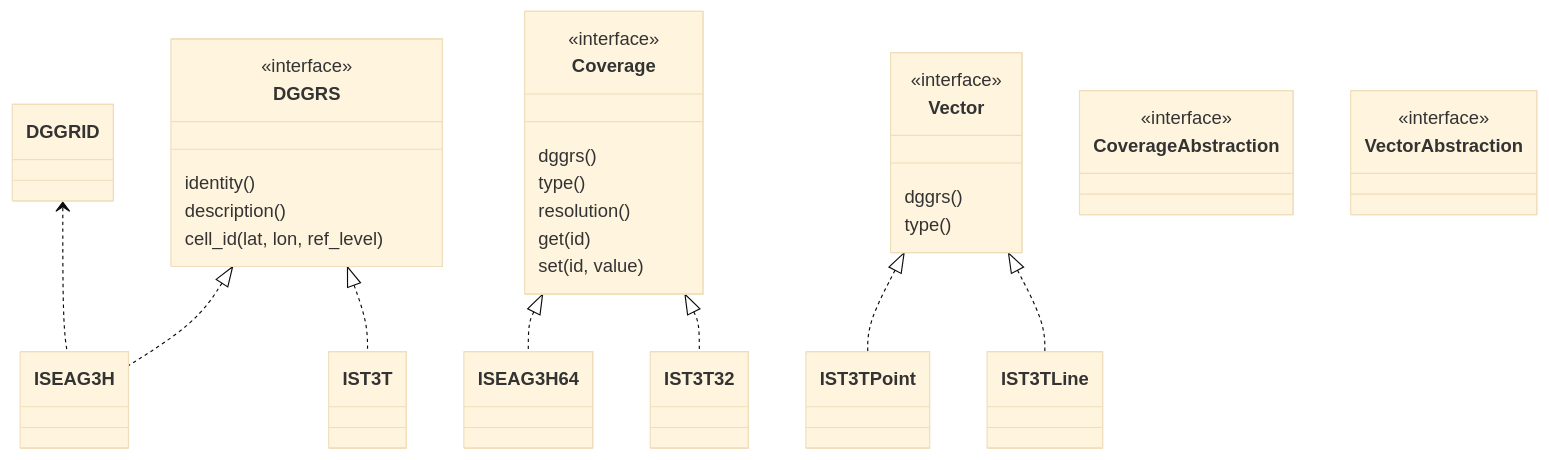
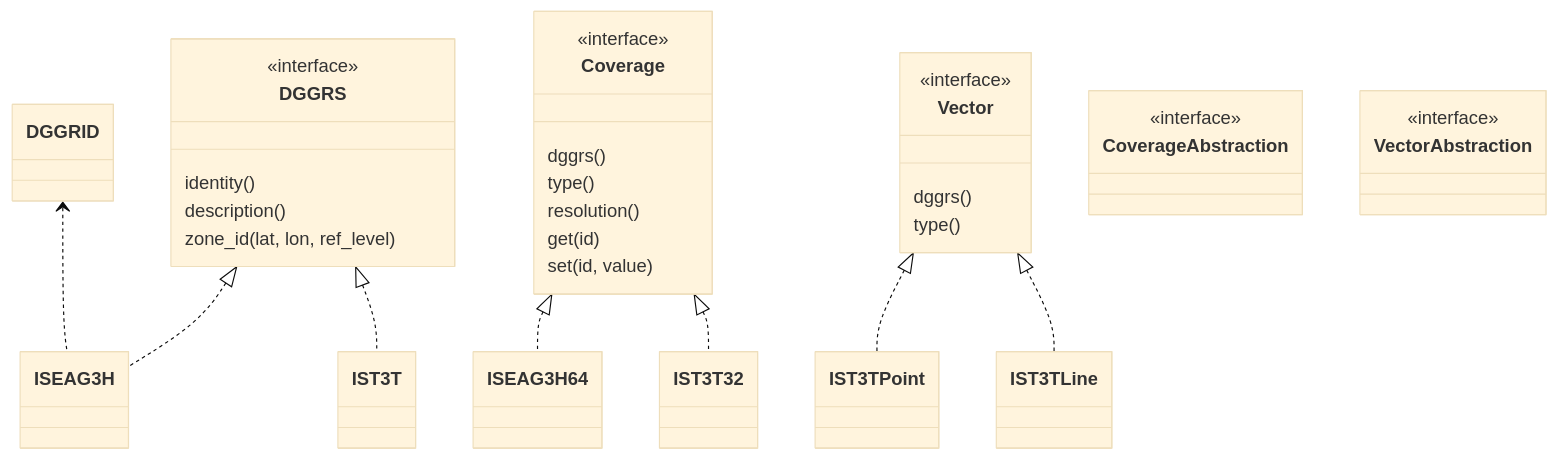
One commit to ldesousa/geo-plegmata changed the diagram in diagrams/GeoPlegmataUML.md. Above: the diagram before and after it, drawn with Mermaid (base theme). The commit also changed 29 other files, not shown here.

First line of the commit message:
Suggested ports and adapters architecture and draft DGGRID implementation (#12)

````diff
--- a/diagrams/GeoPlegmataUML.md
+++ b/diagrams/GeoPlegmataUML.md
@@ -1,38 +1,38 @@
 ```mermaid
 classDiagram
 
 class DGGRS
 <<interface>> DGGRS
 DGGRS : identity()
 DGGRS : description()
-DGGRS : cell_id(lat, lon, ref_level)
+DGGRS : zone_id(lat, lon, ref_level)
 
 DGGRS <|.. ISEAG3H
 DGGRS <|.. IST3T
 DGGRID <.. ISEAG3H
 
 class Coverage
 <<interface>> Coverage
 Coverage : dggrs()
 Coverage : type()
 Coverage : resolution()
 Coverage : get(id)
 Coverage : set(id, value)
 
 Coverage <|.. ISEAG3H64
 Coverage <|.. IST3T32
 
 class Vector
 <<interface>> Vector
 Vector : dggrs()
 Vector : type()
 
 Vector <|.. IST3TPoint
 Vector <|.. IST3TLine
 
 class CoverageAbstraction
 <<interface>> CoverageAbstraction
 
 class VectorAbstraction
 <<interface>> VectorAbstraction
 ```
````
